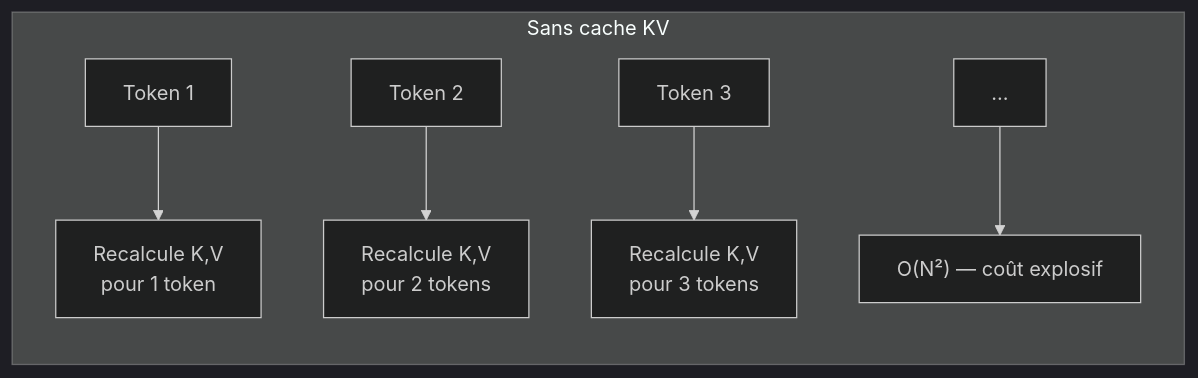
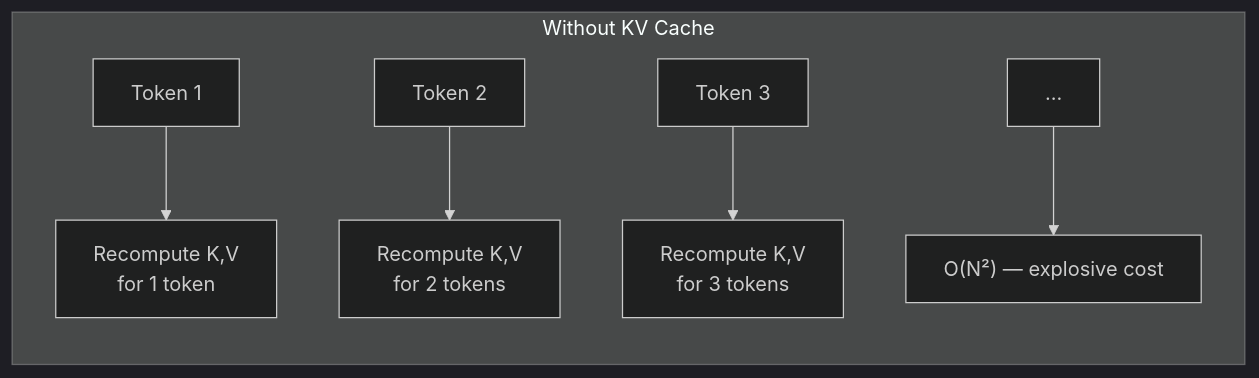
Before and after one commit to ADORSYS-GIS/Custom-Ai-Ops: the first of 9 diagrams in docs/explain/kv-cache.md, drawn with Mermaid (dark theme). The commit also changed other lines of this file and 22 other files, not shown here.

````diff
--- a/docs/explain/kv-cache.md
+++ b/docs/explain/kv-cache.md
@@ -34,9 +34,9 @@
 ```mermaid
 flowchart LR
-    subgraph "Sans cache KV"
-        A1["Token 1"] --> B1["Recalcule K,V\npour 1 token"]
-        A2["Token 2"] --> B2["Recalcule K,V\npour 2 tokens"]
-        A3["Token 3"] --> B3["Recalcule K,V\npour 3 tokens"]
-        A4["..."] --> B4["O(N²) — coût explosif"]
+    subgraph "Without KV Cache"
+        A1["Token 1"] --> B1["Recompute K,V\nfor 1 token"]
+        A2["Token 2"] --> B2["Recompute K,V\nfor 2 tokens"]
+        A3["Token 3"] --> B3["Recompute K,V\nfor 3 tokens"]
+        A4["..."] --> B4["O(N²) — explosive cost"]
     end
 ```
````
